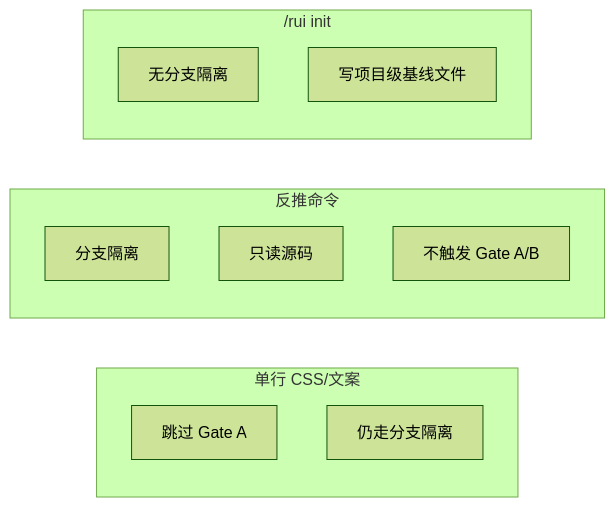
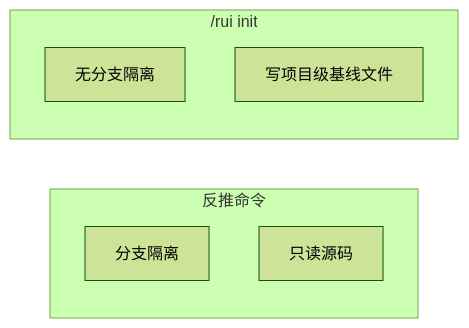
The seventh of 14 diagrams in rules/code-pipeline.md (effiy/YrY), drawn with Mermaid (forest theme) before and after one commit. The commit also changed other lines of this file and 37 other files, not shown here.

````diff
--- a/rules/code-pipeline.md
+++ b/rules/code-pipeline.md
@@ -200,17 +177,12 @@
 ```mermaid
 flowchart LR
-    subgraph 单行["单行 CSS/文案"]
-        E1["跳过 Gate A"]:::ex
-        E2["仍走分支隔离"]:::ex
-    end
     subgraph 反推["反推命令"]
-        E3["分支隔离"]:::ex
-        E4["只读源码"]:::ex
-        E5["不触发 Gate A/B"]:::ex
+        E1["分支隔离"]:::ex
+        E2["只读源码"]:::ex
     end
     subgraph init["/rui init"]
-        E6["无分支隔离"]:::ex
-        E7["写项目级基线文件"]:::ex
+        E3["无分支隔离"]:::ex
+        E4["写项目级基线文件"]:::ex
     end
 
 ```
````
